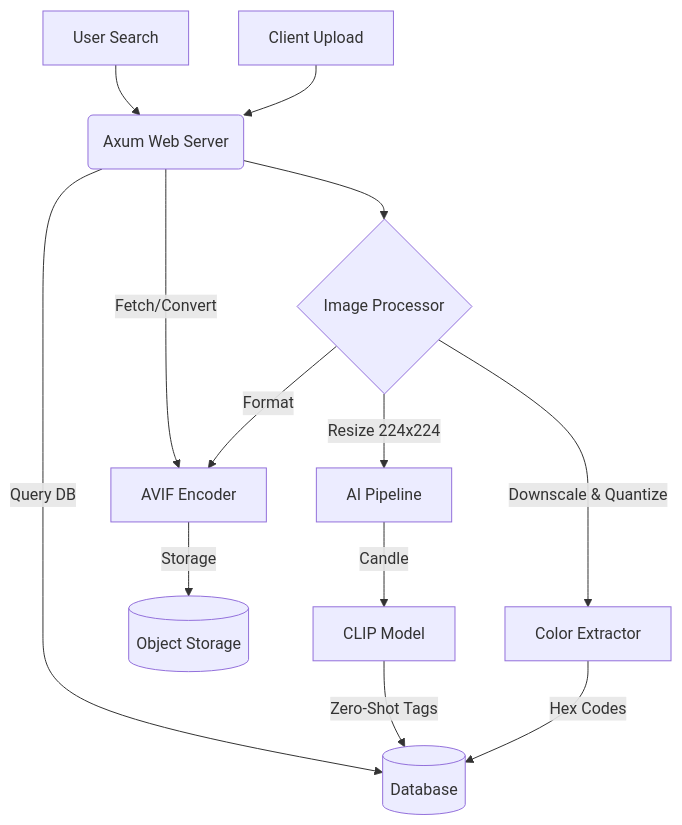
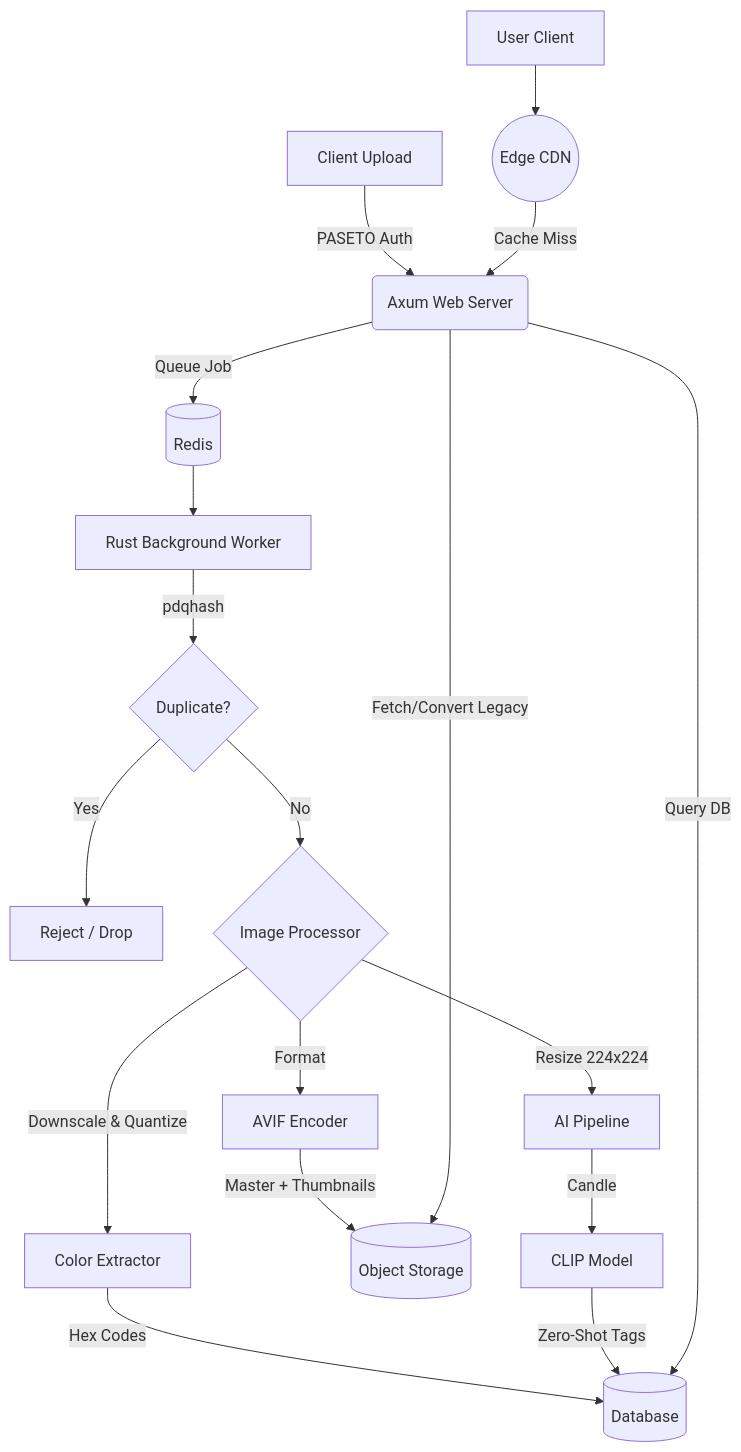
The diagram in README.md (XeinTDM/Wallr), drawn with Mermaid before and after one commit. The commit also changed other lines of this file, not shown here.

````diff
--- a/README.md
+++ b/README.md
@@ -13,19 +13,25 @@
 ```mermaid
 graph TD
-    A[Client Upload] --> B(Axum Web Server)
-    B --> C{Image Processor}
+    A[Client Upload] -->|PASETO Auth| B(Axum Web Server)
+    B -->|Queue Job| R[(Redis)]
+    R --> W[Rust Background Worker]
+    
+    W -->|pdqhash| Dedup{Duplicate?}
+    Dedup -->|Yes| Drop[Reject / Drop]
+    Dedup -->|No| C{Image Processor}
     
     C -->|Downscale & Quantize| D[Color Extractor]
     D -->|Hex Codes| DB[(Database)]
     
     C -->|Format| E[AVIF Encoder]
-    E -->|Storage| S3[(Object Storage)]
+    E -->|Master + Thumbnails| S3[(Object Storage)]
     
     C -->|Resize 224x224| F[AI Pipeline]
     F -->|Candle| G[CLIP Model]
     G -->|Zero-Shot Tags| DB
     
-    H[User Search] --> B
+    H[User Client] --> CDN((Edge CDN))
+    CDN -->|Cache Miss| B
     B -->|Query DB| DB
-    B -->|Fetch/Convert| E
+    B -->|Fetch/Convert Legacy| S3
 ```
````
